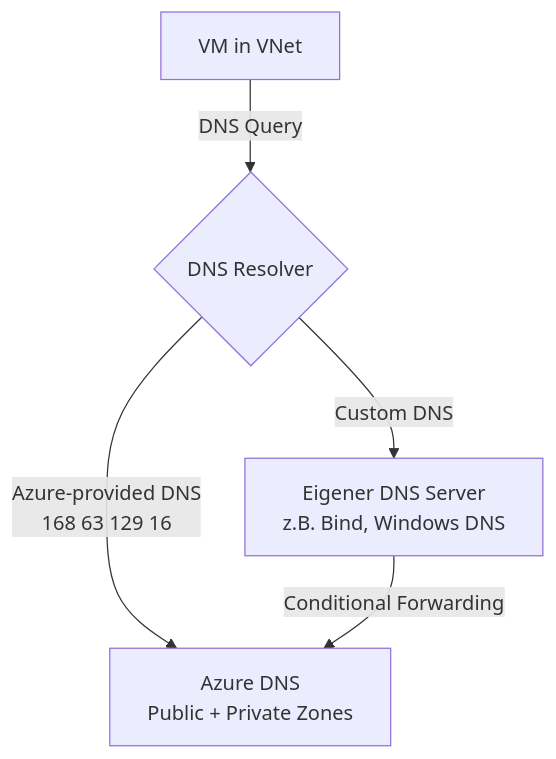
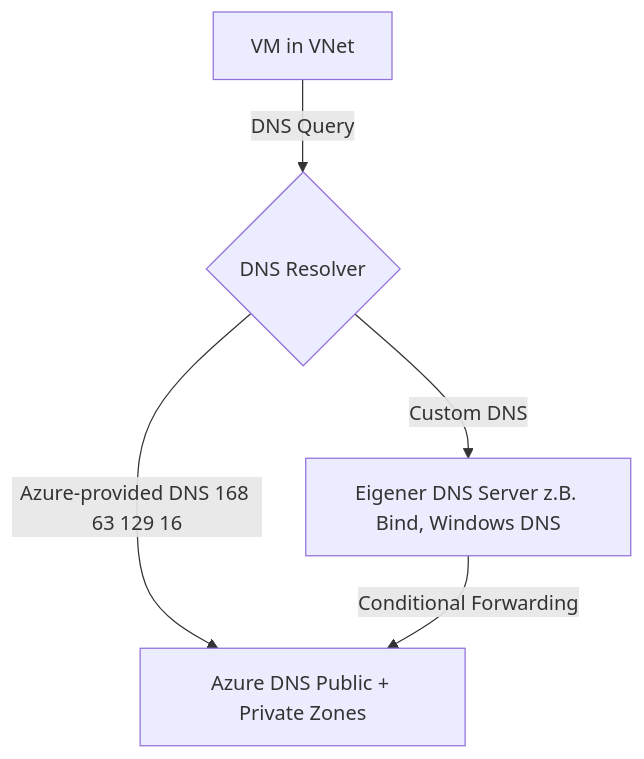
One commit to SoniiiT/notes-n-docs changed the fifth of 6 diagrams in Microsoft 365/Azure/Netzwerk/Azure Virtual Network.md. Above: the diagram before and after it, drawn with Mermaid. The commit also changed other lines of this file and 124 other files, not shown here.

First line of the commit message:
fix: Entferne \n aus allen Mermaid-Diagrammen (125 Dateien)

````diff
--- a/Microsoft 365/Azure/Netzwerk/Azure Virtual Network.md
+++ b/Microsoft 365/Azure/Netzwerk/Azure Virtual Network.md
@@ -200,7 +200,7 @@
 ```mermaid
 graph TD
     VM[VM in VNet] -->|DNS Query| DNS{DNS Resolver}
-    DNS -->|Azure-provided DNS\n168 63 129 16| AZUREDNS[Azure DNS\nPublic + Private Zones]
-    DNS -->|Custom DNS| CUSTOMDNS[Eigener DNS Server\nz.B. Bind, Windows DNS]
+    DNS -->|Azure-provided DNS 168 63 129 16| AZUREDNS[Azure DNS Public + Private Zones]
+    DNS -->|Custom DNS| CUSTOMDNS[Eigener DNS Server z.B. Bind, Windows DNS]
     CUSTOMDNS -->|Conditional Forwarding| AZUREDNS
 ```
````
